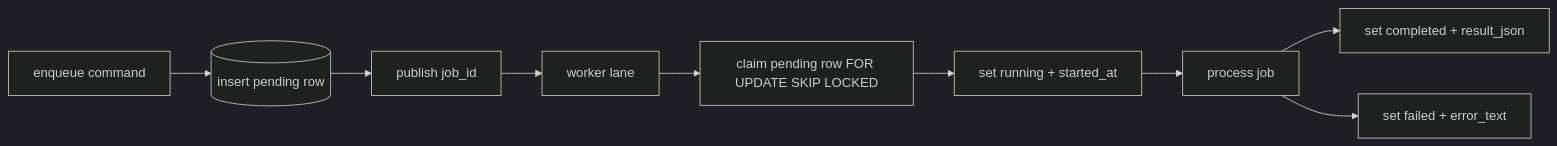
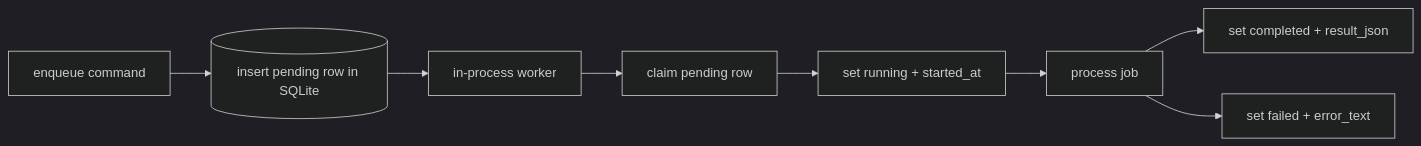
The fifth of 8 diagrams in docs/ARCHITECTURE.md (jmagar/axon), drawn with Mermaid (dark theme) before and after one commit. The commit also changed other lines of this file and 890 other files, not shown here.

````diff
--- a/docs/ARCHITECTURE.md
+++ b/docs/ARCHITECTURE.md
@@ -183,11 +157,10 @@
 ```mermaid
 flowchart LR
-  ENQ[enqueue command] --> PG1[(insert pending row)]
-  PG1 --> MQ[publish job_id]
-  MQ --> WK[worker lane]
-  WK --> CLM[claim pending row FOR UPDATE SKIP LOCKED]
+  ENQ[enqueue command] --> SQ[(insert pending row in SQLite)]
+  SQ --> WK[in-process worker]
+  WK --> CLM[claim pending row]
   CLM --> RUN[set running + started_at]
   RUN --> PROC[process job]
   PROC --> DONE[set completed + result_json]
   PROC --> FAIL[set failed + error_text]
 ```
````
